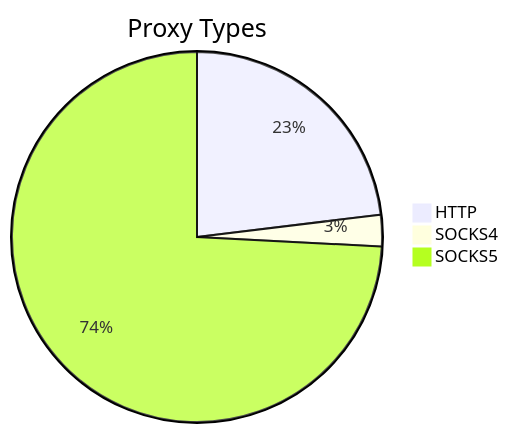
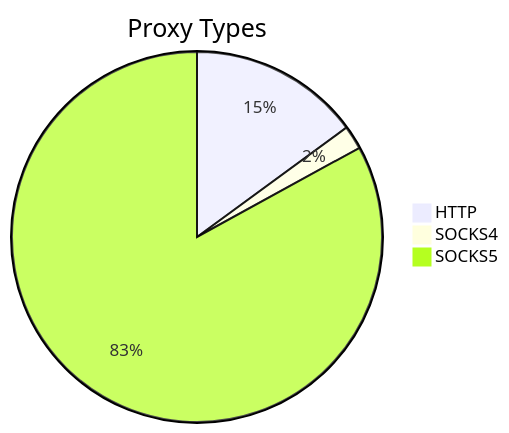
The first of 2 diagrams in README.md (stormsia/proxy-list), drawn with Mermaid before and after one commit. The commit also changed other lines of this file, not shown here.

````diff
--- a/README.md
+++ b/README.md
@@ -21,6 +21,6 @@
 ```mermaid
 pie title Proxy Types
-    "HTTP" : 42
+    "HTTP" : 36
     "SOCKS4" : 5
-    "SOCKS5" : 135
+    "SOCKS5" : 200
 ```
````
